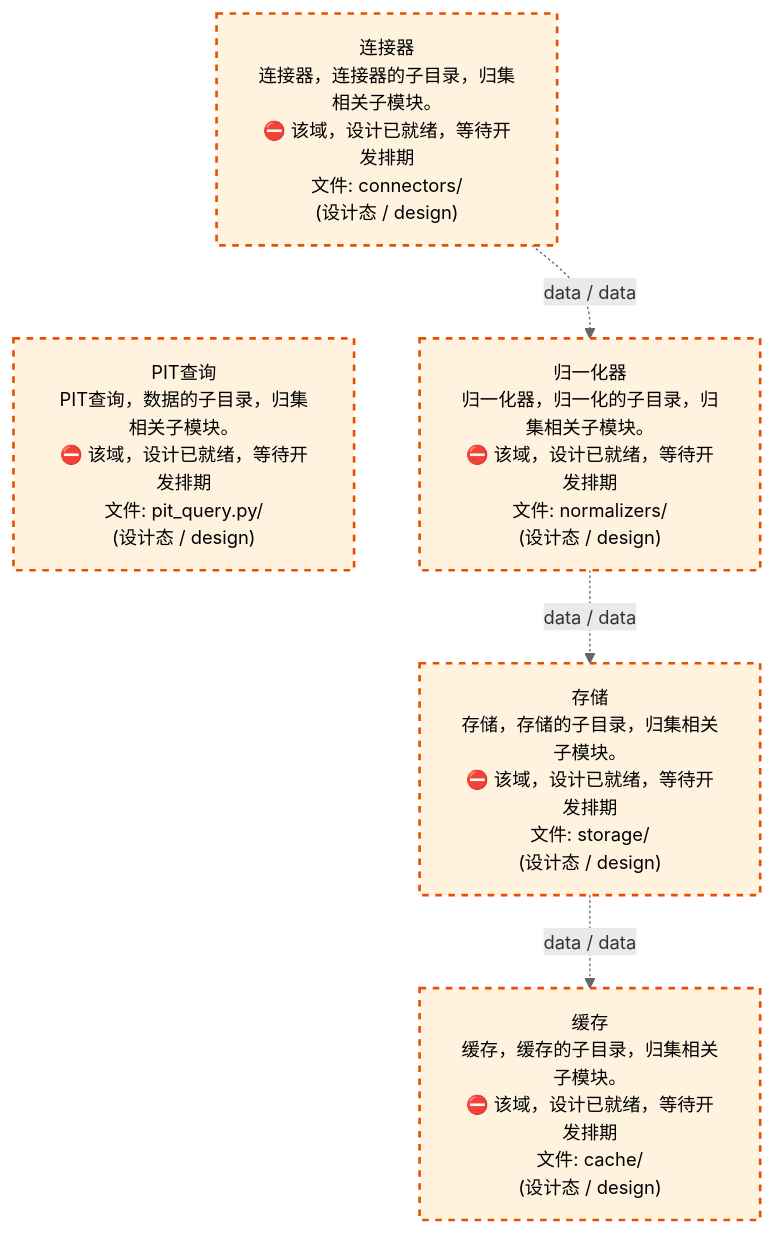
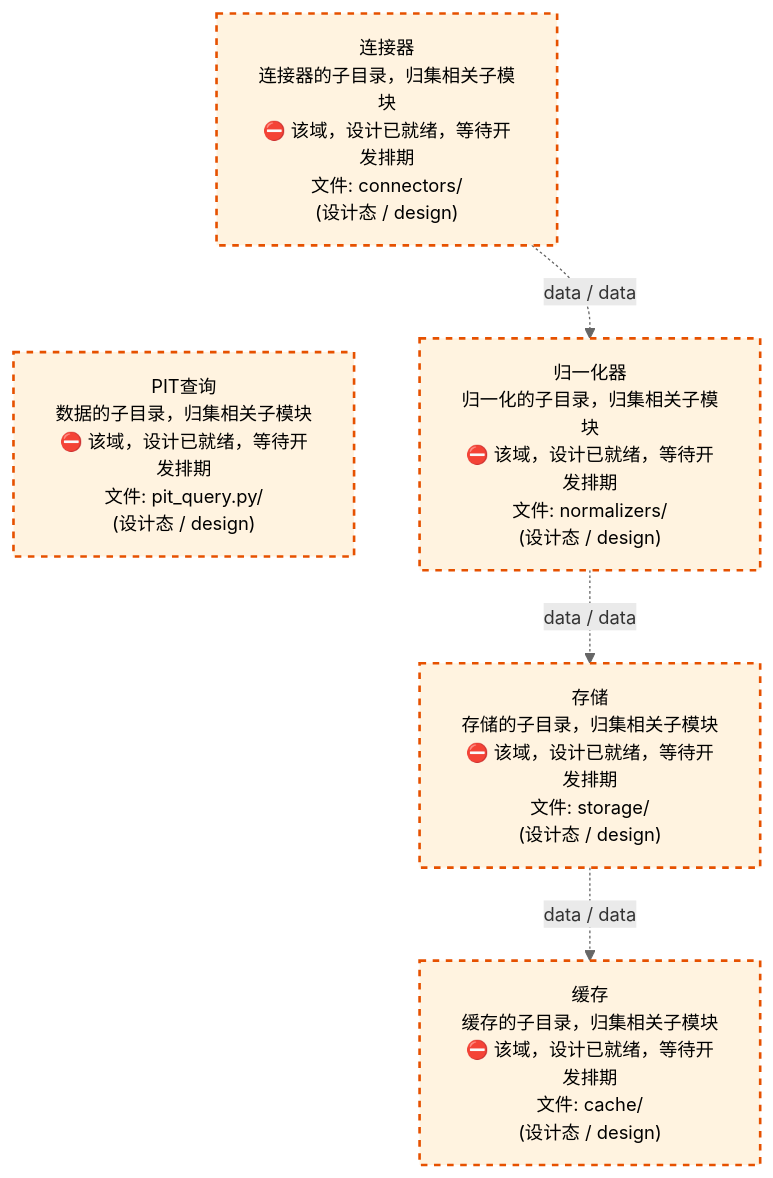
Before and after one commit to xuanFelixVan/ZephyrAlpha: the third of 4 diagrams in docs/02_enterprise_architecture/02_domain_architecture_docs/11_d_data.md, drawn with Mermaid. The commit also changed other lines of this file and 63 other files, not shown here.

````diff
--- a/docs/02_enterprise_architecture/02_domain_architecture_docs/11_d_data.md
+++ b/docs/02_enterprise_architecture/02_domain_architecture_docs/11_d_data.md
@@ -1294,18 +1293,18 @@
 ```mermaid
 %%{init: {'theme': 'base', 'themeVariables': {'primaryColor': '#eaeaea', 'primaryTextColor': '#333333', 'primaryBorderColor': '#666666', 'lineColor': '#666666', 'secondaryColor': '#eaeaea', 'tertiaryColor': '#eaeaea', 'fontSize': '14px'}}}%%
 flowchart TD
-    src_zephyr_data_connectors["连接器<br/>连接器，连接器的子目录，归集相关子模块。<br/>⛔ 该域，设计已就绪，等待开发排期<br/>文件: connectors/<br/>(设计态 / design)"]
-    src_zephyr_data_pit_query_py["PIT查询<br/>PIT查询，数据的子目录，归集相关子模块。<br/>⛔ 该域，设计已就绪，等待开发排期<br/>文件: pit_query.py/<br/>(设计态 / design)"]
+    src_zephyr_data_connectors["连接器<br/>连接器的子目录，归集相关子模块<br/>⛔ 该域，设计已就绪，等待开发排期<br/>文件: connectors/<br/>(设计态 / design)"]
+    src_zephyr_data_pit_query_py["PIT查询<br/>数据的子目录，归集相关子模块<br/>⛔ 该域，设计已就绪，等待开发排期<br/>文件: pit_query.py/<br/>(设计态 / design)"]
     src_zephyr_data_connectors ~~~ src_zephyr_data_pit_query_py
-    src_zephyr_data_normalizers["归一化器<br/>归一化器，归一化的子目录，归集相关子模块。<br/>⛔ 该域，设计已就绪，等待开发排期<br/>文件: normalizers/<br/>(设计态 / design)"]
-    src_zephyr_data_storage["存储<br/>存储，存储的子目录，归集相关子模块。<br/>⛔ 该域，设计已就绪，等待开发排期<br/>文件: storage/<br/>(设计态 / design)"]
-    src_zephyr_data_cache["缓存<br/>缓存，缓存的子目录，归集相关子模块。<br/>⛔ 该域，设计已就绪，等待开发排期<br/>文件: cache/<br/>(设计态 / design)"]
+    src_zephyr_data_normalizers["归一化器<br/>归一化的子目录，归集相关子模块<br/>⛔ 该域，设计已就绪，等待开发排期<br/>文件: normalizers/<br/>(设计态 / design)"]
+    src_zephyr_data_storage["存储<br/>存储的子目录，归集相关子模块<br/>⛔ 该域，设计已就绪，等待开发排期<br/>文件: storage/<br/>(设计态 / design)"]
+    src_zephyr_data_cache["缓存<br/>缓存的子目录，归集相关子模块<br/>⛔ 该域，设计已就绪，等待开发排期<br/>文件: cache/<br/>(设计态 / design)"]
     src_zephyr_data_connectors -.->|data / data| src_zephyr_data_normalizers
     src_zephyr_data_normalizers -.->|data / data| src_zephyr_data_storage
     src_zephyr_data_storage -.->|data / data| src_zephyr_data_cache
     classDef production fill:#e1f5fe,stroke:#01579b,stroke-width:2px,color:#000
     classDef design fill:#fff3e0,stroke:#e65100,stroke-width:2px,color:#000,stroke-dasharray: 5 5
     classDef external_prod fill:#e8f4fd,stroke:#0277bd,stroke-width:1px,color:#000
     classDef external_design fill:#fff8e7,stroke:#ef6c00,stroke-width:1px,color:#000,stroke-dasharray: 5 5
     class src_zephyr_data_cache,src_zephyr_data_connectors,src_zephyr_data_normalizers,src_zephyr_data_pit_query_py,src_zephyr_data_storage design
 ```
````
